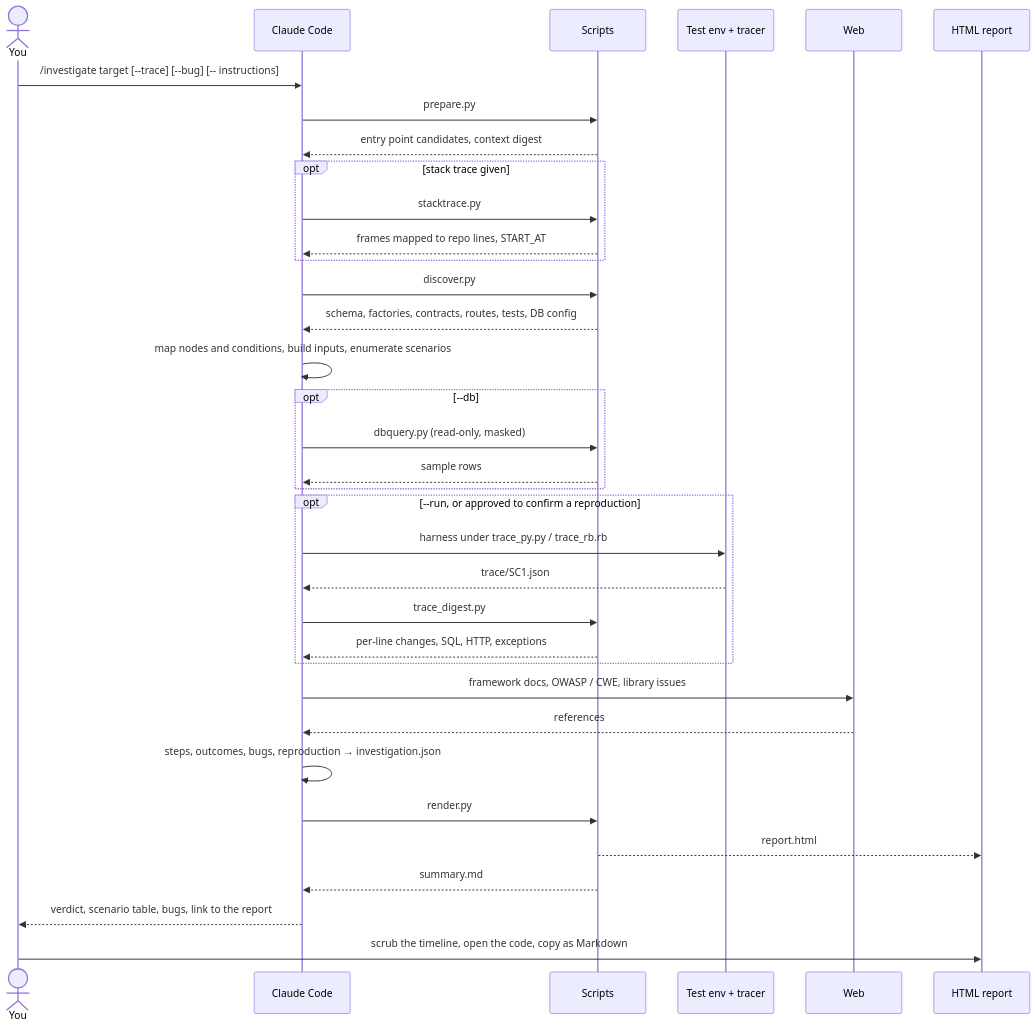
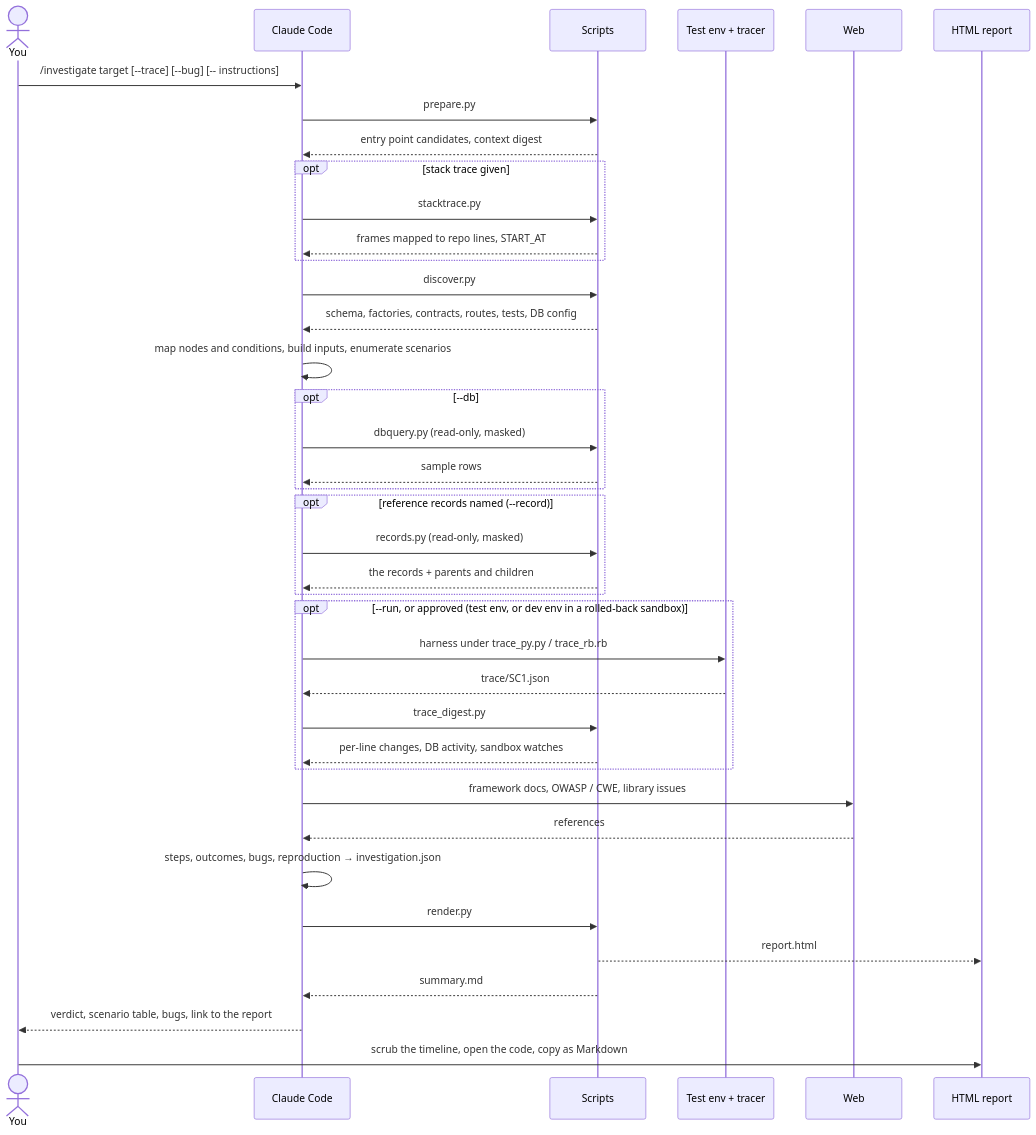
One commit to rewin0087/claude-code-investigate changed the second of 2 diagrams in README.md. Above: the diagram before and after it, drawn with Mermaid. The commit also changed other lines of this file and 20 other files, not shown here.

First line of the commit message:
v1.1.0: run on development data in a rolled-back sandbox, replay referenced records

````diff
--- a/README.md
+++ b/README.md
@@ -181,38 +235,42 @@
 ```mermaid
 sequenceDiagram
     actor You
     participant CC as Claude Code
     participant S as Scripts
     participant T as Test env + tracer
     participant W as Web
     participant R as HTML report
 
     You->>CC: /investigate target [--trace] [--bug] [-- instructions]
     CC->>S: prepare.py
     S-->>CC: entry point candidates, context digest
     opt stack trace given
         CC->>S: stacktrace.py
         S-->>CC: frames mapped to repo lines, START_AT
     end
     CC->>S: discover.py
     S-->>CC: schema, factories, contracts, routes, tests, DB config
     CC->>CC: map nodes and conditions, build inputs, enumerate scenarios
     opt --db
         CC->>S: dbquery.py (read-only, masked)
         S-->>CC: sample rows
     end
-    opt --run, or approved to confirm a reproduction
+    opt reference records named (--record)
+        CC->>S: records.py (read-only, masked)
+        S-->>CC: the records + parents and children
+    end
+    opt --run, or approved (test env, or dev env in a rolled-back sandbox)
         CC->>T: harness under trace_py.py / trace_rb.rb
         T-->>CC: trace/SC1.json
         CC->>S: trace_digest.py
-        S-->>CC: per-line changes, SQL, HTTP, exceptions
+        S-->>CC: per-line changes, DB activity, sandbox watches
     end
     CC->>W: framework docs, OWASP / CWE, library issues
     W-->>CC: references
     CC->>CC: steps, outcomes, bugs, reproduction → investigation.json
     CC->>S: render.py
     S-->>R: report.html
     S-->>CC: summary.md
     CC-->>You: verdict, scenario table, bugs, link to the report
     You->>R: scrub the timeline, open the code, copy as Markdown
 ```
````
